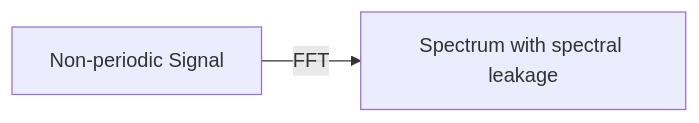
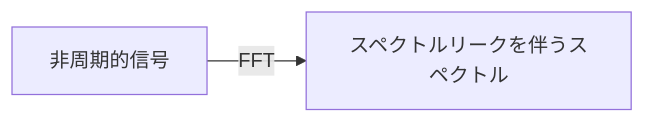
Before and after one commit to neetjack/neetjack.github.io: the first of 2 diagrams in src/content/posts/Windowing/windowing-JP.md, drawn with Mermaid. The commit also changed other lines of this file and 1 other file, not shown here.

````diff
--- a/src/content/posts/Windowing/windowing-JP.md
+++ b/src/content/posts/Windowing/windowing-JP.md
@@ -59,4 +81,4 @@
 ```mermaid
 graph LR;
-    A[Non-periodic Signal] --> |FFT| B[Spectrum with spectral leakage];
+    A[非周期的信号] --> |FFT| B[スペクトルリークを伴うスペクトル];
 ```
````
